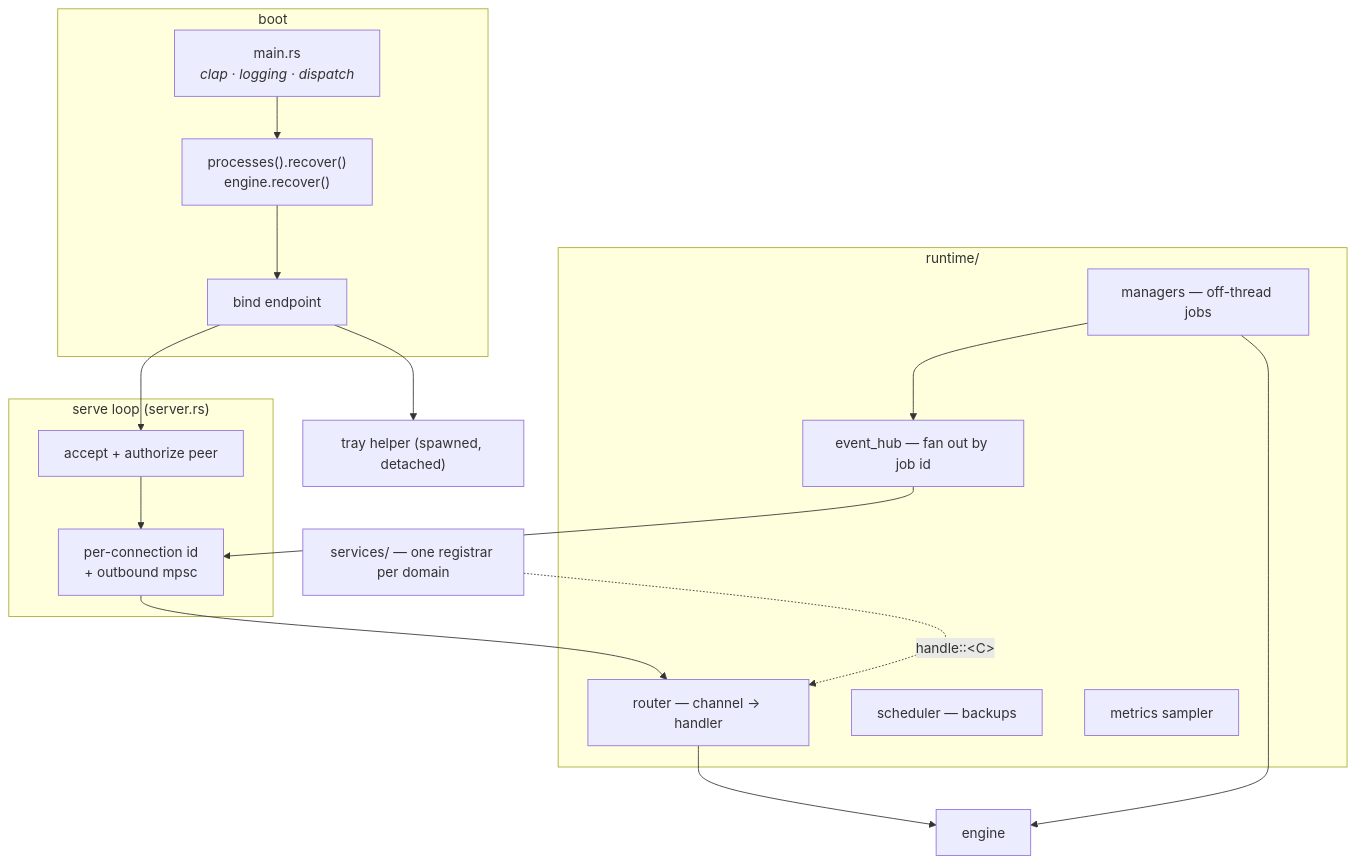
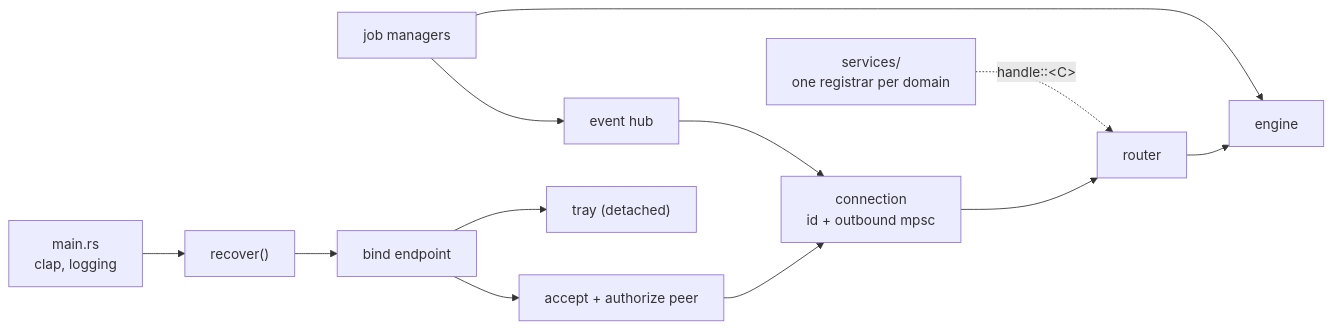
Before and after one commit to prytaneum/hestia: the first of 2 diagrams in docs/architecture/daemon.md, drawn with Mermaid. The commit also changed other lines of this file and 11 other files, not shown here.

Commit message:
docs(architecture): describe the current system only

````diff
--- a/docs/architecture/daemon.md
+++ b/docs/architecture/daemon.md
@@ -10,32 +9,10 @@
 ```mermaid
-flowchart TB
-    subgraph boot["boot"]
-        MAIN["main.rs<br/><i>clap · logging · dispatch</i>"]
-        REC["processes().recover()<br/>engine.recover()"]
-        BIND["bind endpoint"]
-    end
-
-    subgraph loop["serve loop (server.rs)"]
-        ACC["accept + authorize peer"]
-        CONN["per-connection id<br/>+ outbound mpsc"]
-    end
-
-    subgraph rt["runtime/"]
-        ROUTER["router — channel → handler"]
-        HUB["event_hub — fan out by job id"]
-        MGRS["managers — off-thread jobs"]
-        SCHED["scheduler — backups"]
-        METR["metrics sampler"]
-    end
-
-    SVC["services/ — one registrar per domain"]
-    ENG["engine"]
-    TRAY["tray helper (spawned, detached)"]
-
-    MAIN --> REC --> BIND --> ACC --> CONN --> ROUTER
-    BIND --> TRAY
-    SVC -.->|"handle::&lt;C&gt;"| ROUTER
-    ROUTER --> ENG
-    MGRS --> ENG
-    MGRS --> HUB --> CONN
+flowchart LR
+    MAIN["main.rs<br/>clap, logging"] --> REC["recover()"] --> BIND["bind endpoint"] --> ACC["accept + authorize peer"]
+    ACC --> CONN["connection<br/>id + outbound mpsc"] --> ROUTER["router"]
+    SVC["services/<br/>one registrar per domain"] -.->|"handle::&lt;C&gt;"| ROUTER
+    ROUTER --> ENG["engine"]
+    MGRS["job managers"] --> ENG
+    MGRS --> HUB["event hub"] --> CONN
+    BIND --> TRAY["tray (detached)"]
 ```
````
